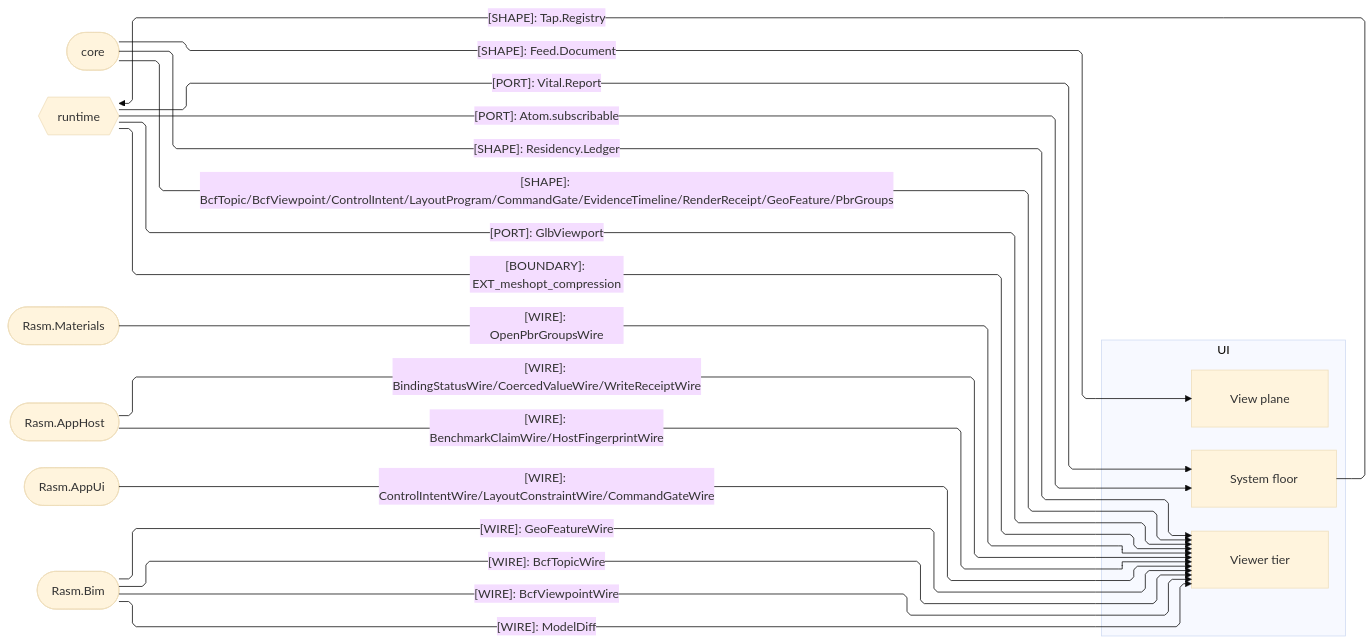
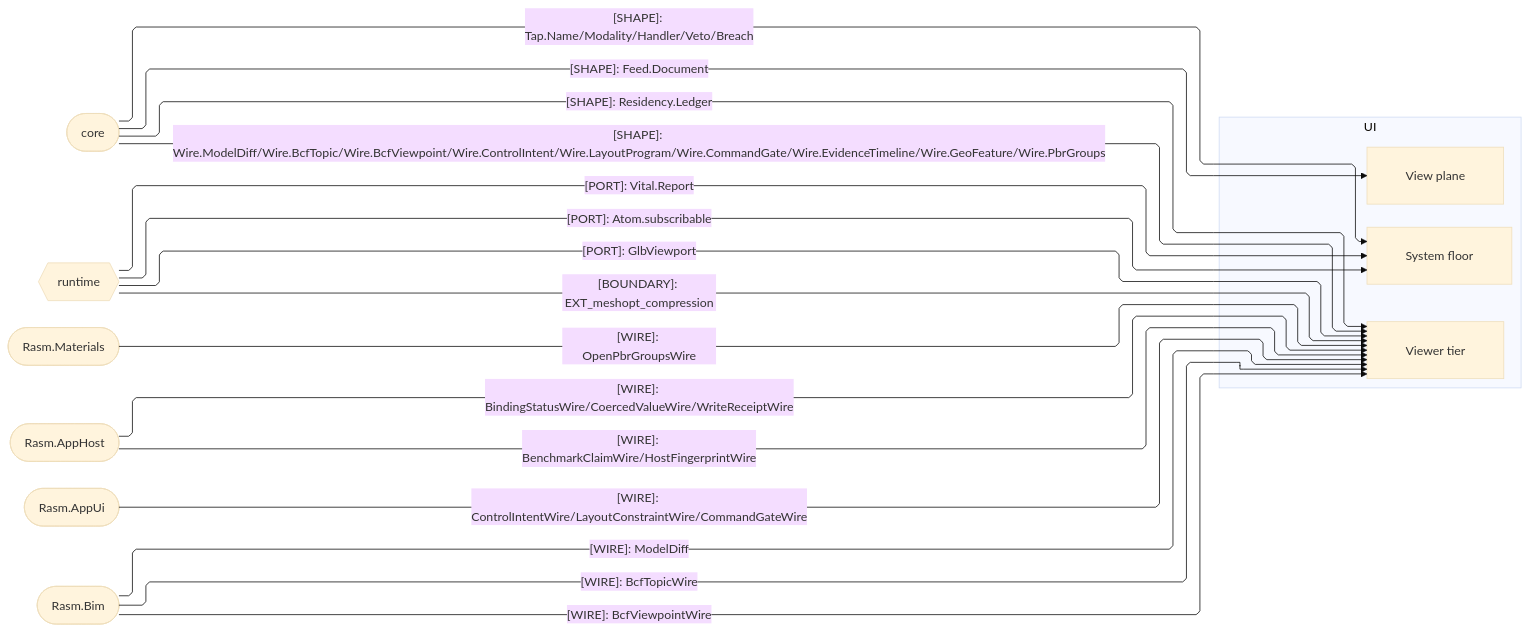
The second of 3 diagrams in libs/typescript/ui/ARCHITECTURE.md (bsamiee/Rasm), drawn with Mermaid (base theme) before and after one commit. The commit also changed other lines of this file and 400 other files, not shown here.

````diff
--- a/libs/typescript/ui/ARCHITECTURE.md
+++ b/libs/typescript/ui/ARCHITECTURE.md
@@ -91,39 +91,38 @@
 ```mermaid
 ---
 config:
   layout: elk
   flowchart:
     curve: linear
     padding: 25
 ---
 flowchart LR
     accTitle: UI package seam registry
     accDescr: UI owners exchanging value, wire, port, and receipt contracts with core, runtime, and the C# packages; nodes classed by direction.
     subgraph ui[UI]
         System[System floor]
         View[View plane]
         Viewer[Viewer tier]
     end
     Core([core])
     Runtime{{runtime}}
     Materials([Rasm.Materials])
     AppHost([Rasm.AppHost])
     AppUi([Rasm.AppUi])
     Bim([Rasm.Bim])
     Core e1@-->|"[SHAPE]: Feed.Document"| View
     Core e12@-->|"[SHAPE]: Residency.Ledger"| Viewer
-    Core e16@-->|"[SHAPE]: BcfTopic/BcfViewpoint/ControlIntent/LayoutProgram/CommandGate/EvidenceTimeline/RenderReceipt/GeoFeature/PbrGroups"| Viewer
+    Core e16@-->|"[SHAPE]: Wire.ModelDiff/Wire.BcfTopic/Wire.BcfViewpoint/Wire.ControlIntent/Wire.LayoutProgram/Wire.CommandGate/Wire.EvidenceTimeline/Wire.GeoFeature/Wire.PbrGroups"| Viewer
     Runtime e2@-->|"[PORT]: Atom.subscribable"| System
     Runtime e3@-->|"[PORT]: GlbViewport"| Viewer
     Runtime e17@-->|"[PORT]: Vital.Report"| System
     Runtime e4@-->|"[BOUNDARY]: EXT_meshopt_compression"| Viewer
     Materials e5@-->|"[WIRE]: OpenPbrGroupsWire"| Viewer
     AppHost e6@-->|"[WIRE]: BindingStatusWire/CoercedValueWire/WriteReceiptWire"| Viewer
     AppHost e13@-->|"[WIRE]: BenchmarkClaimWire/HostFingerprintWire"| Viewer
     AppUi e7@-->|"[WIRE]: ControlIntentWire/LayoutConstraintWire/CommandGateWire"| Viewer
     Bim e9@-->|"[WIRE]: BcfTopicWire"| Viewer
     Bim e10@-->|"[WIRE]: BcfViewpointWire"| Viewer
     Bim e11@-->|"[WIRE]: ModelDiff"| Viewer
-    Bim e14@-->|"[WIRE]: GeoFeatureWire"| Viewer
-    System e15@-->|"[SHAPE]: Tap.Registry"| Runtime
+    Core e15@-->|"[SHAPE]: Tap.Name/Modality/Handler/Veto/Breach"| System
 ```
````
